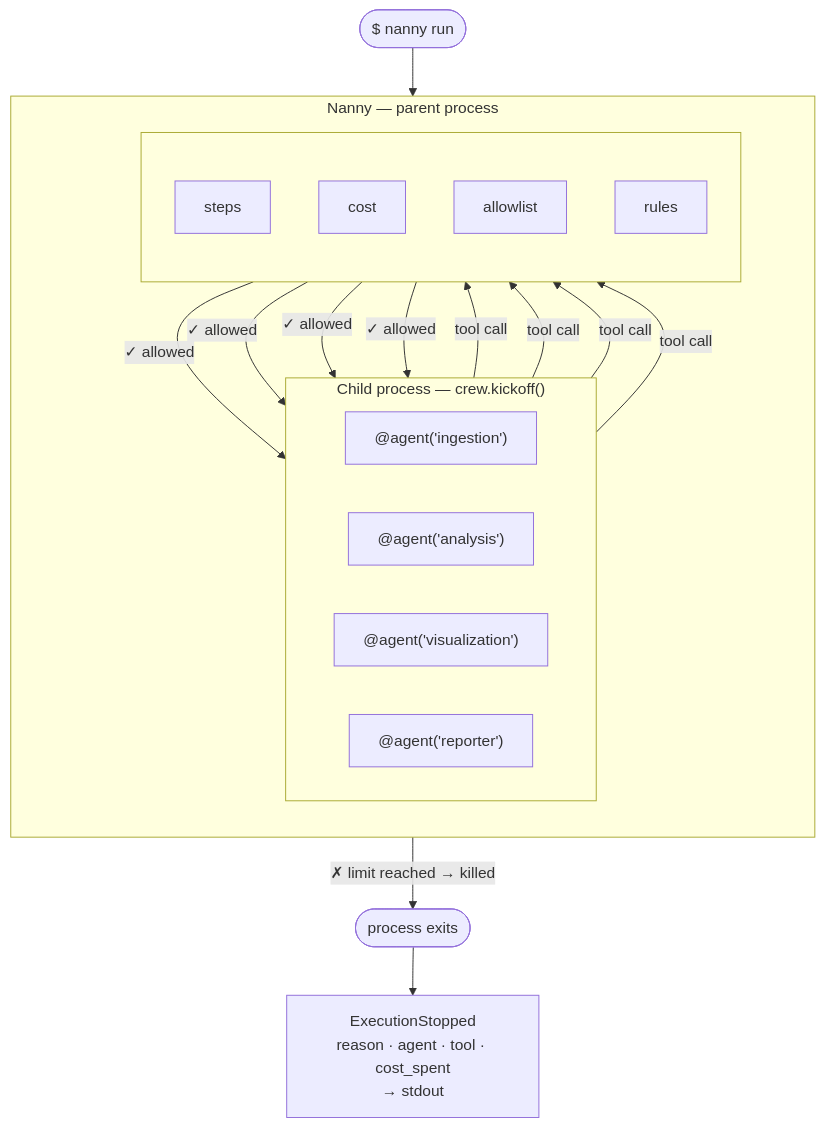
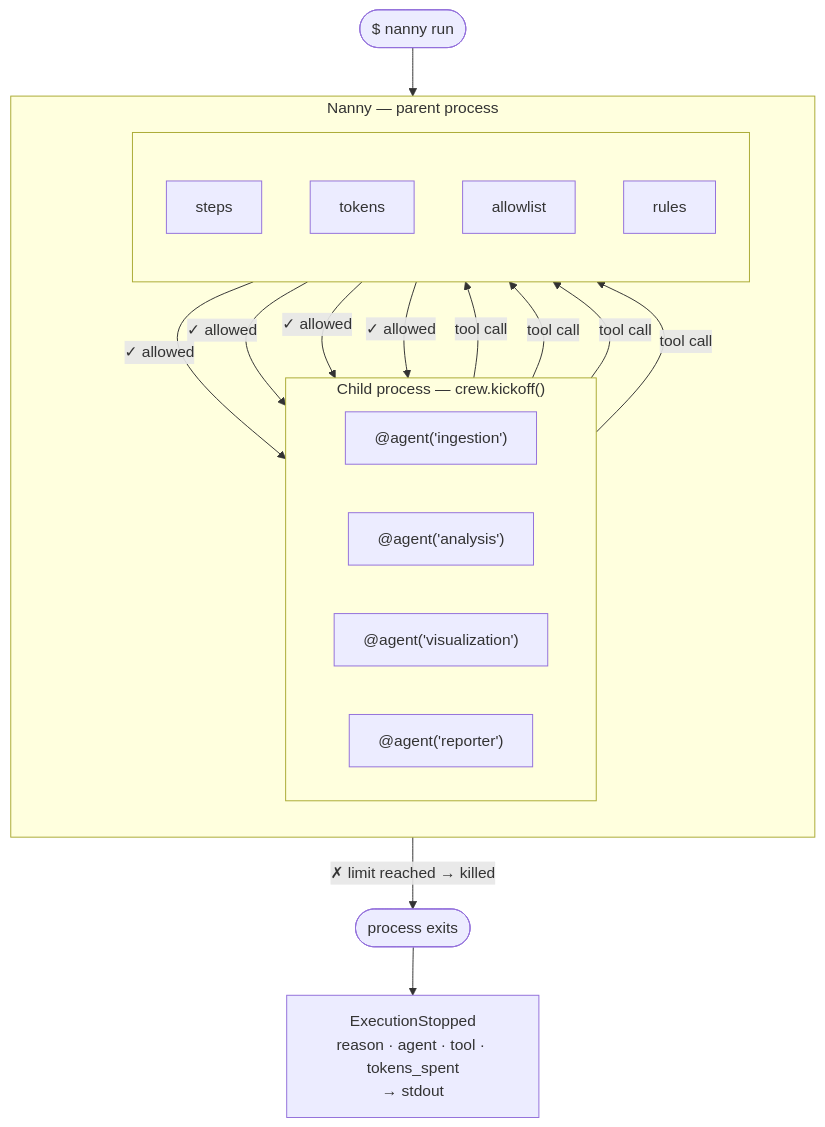
The second of 2 diagrams in docs/v0.2/concepts/how-it-works.mdx (nanny-run/nanny), drawn with Mermaid before and after one commit. The commit also changed other lines of this file and 17 other files, not shown here.

````diff
--- a/docs/v0.2/concepts/how-it-works.mdx
+++ b/docs/v0.2/concepts/how-it-works.mdx
@@ -45,31 +45,31 @@
 ```mermaid
 flowchart TD
     CMD(["$ nanny run"])
     CMD --> NANNY
 
     subgraph NANNY["Nanny — parent process"]
         direction TB
 
         subgraph CHILD["Child process — crew.kickoff()"]
             direction LR
             A1["@agent('ingestion')"]
             A2["@agent('analysis')"]
             A3["@agent('visualization')"]
             A4["@agent('reporter')"]
         end
 
         subgraph ENFORCE[" "]
             direction TB
             STEPS["steps"]
-            COST["cost"]
+            TOKENS["tokens"]
             ALLOW["allowlist"]
             RULES["rules"]
         end
 
         A1 & A2 & A3 & A4 -- "tool call" --> ENFORCE
         ENFORCE -- "✓  allowed" --> A1 & A2 & A3 & A4
     end
 
     ENFORCE -- "✗  limit reached → killed" --> DEAD(["process exits"])
-    DEAD --> LOG["ExecutionStopped\nreason · agent · tool · cost_spent\n→ stdout"]
+    DEAD --> LOG["ExecutionStopped\nreason · agent · tool · tokens_spent\n→ stdout"]
 ```
````
